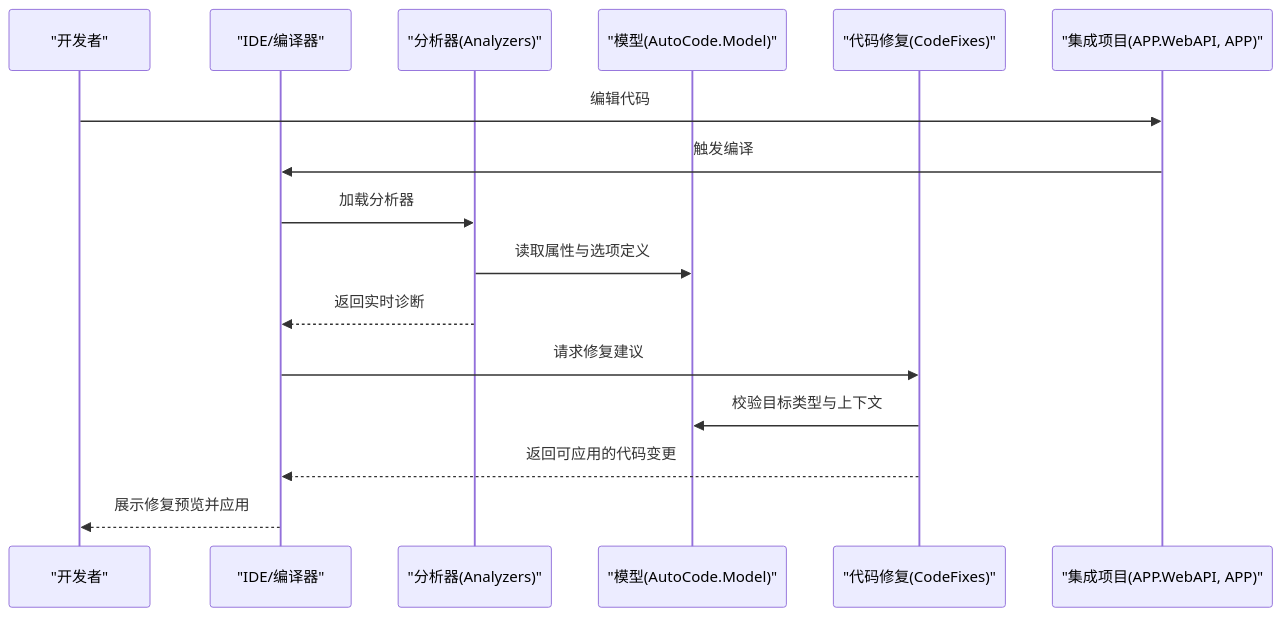
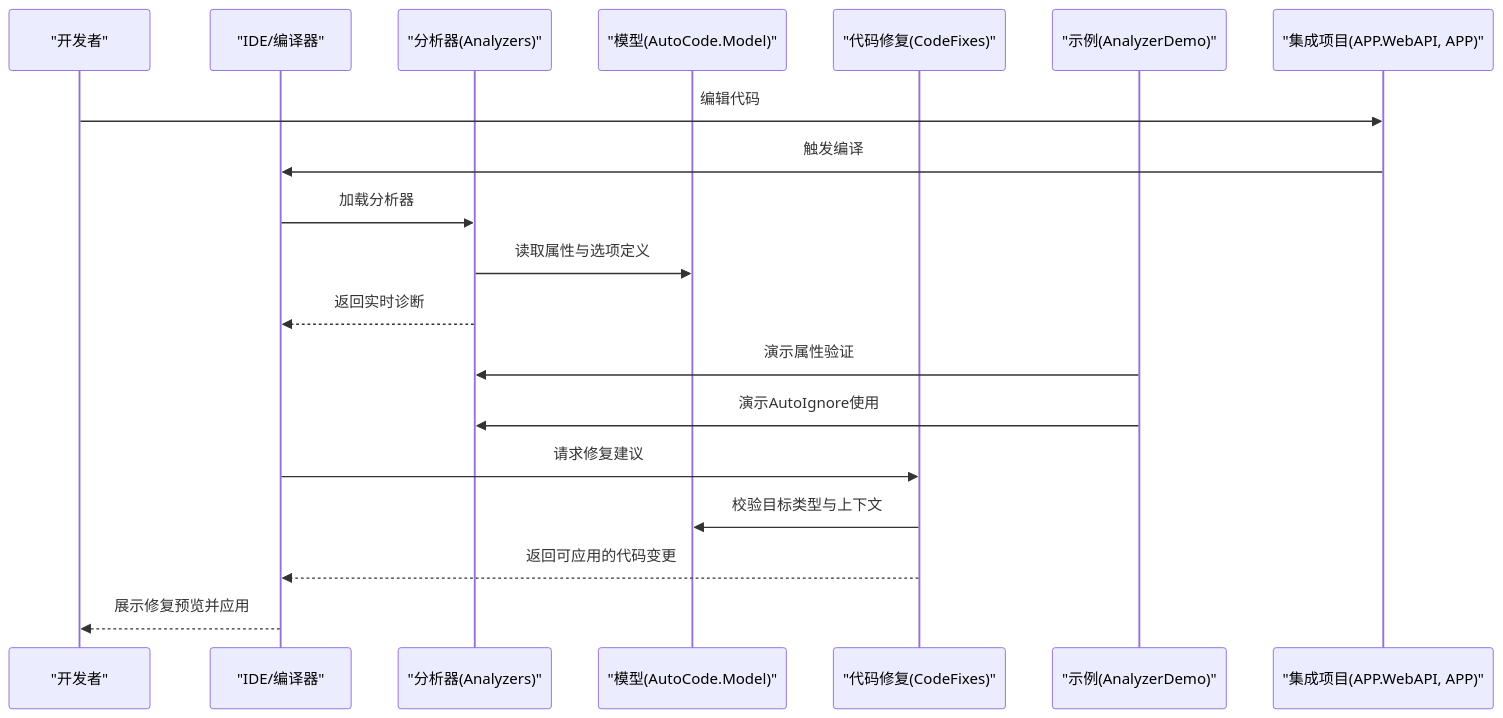
Before and after one commit to alivy/AutoCode: the second of 5 diagrams in .qoder/repowiki/zh/content/调试与诊断/分析器系统.md, drawn with Mermaid. The commit also changed other lines of this file and 4 other files, not shown here.

First line of the commit message:
fix: 修复 CodeFix 特性名匹配 + 完善 AnalyzerDemo

````diff
--- a/.qoder/repowiki/zh/content/调试与诊断/分析器系统.md
+++ b/.qoder/repowiki/zh/content/调试与诊断/分析器系统.md
@@ -115,18 +121,21 @@
 ```mermaid
 sequenceDiagram
 participant Dev as "开发者"
 participant IDE as "IDE/编译器"
 participant Analyzer as "分析器(Analyzers)"
 participant Model as "模型(AutoCode.Model)"
 participant Fixer as "代码修复(CodeFixes)"
+participant Demo as "示例(AnalyzerDemo)"
 participant Projects as "集成项目(APP.WebAPI, APP)"
 Dev->>Projects : 编辑代码
 Projects->>IDE : 触发编译
 IDE->>Analyzer : 加载分析器
 Analyzer->>Model : 读取属性与选项定义
 Analyzer-->>IDE : 返回实时诊断
+Demo->>Analyzer : 演示属性验证
+Demo->>Analyzer : 演示AutoIgnore使用
 IDE->>Fixer : 请求修复建议
 Fixer->>Model : 校验目标类型与上下文
 Fixer-->>IDE : 返回可应用的代码变更
 IDE-->>Dev : 展示修复预览并应用
 ```
````
